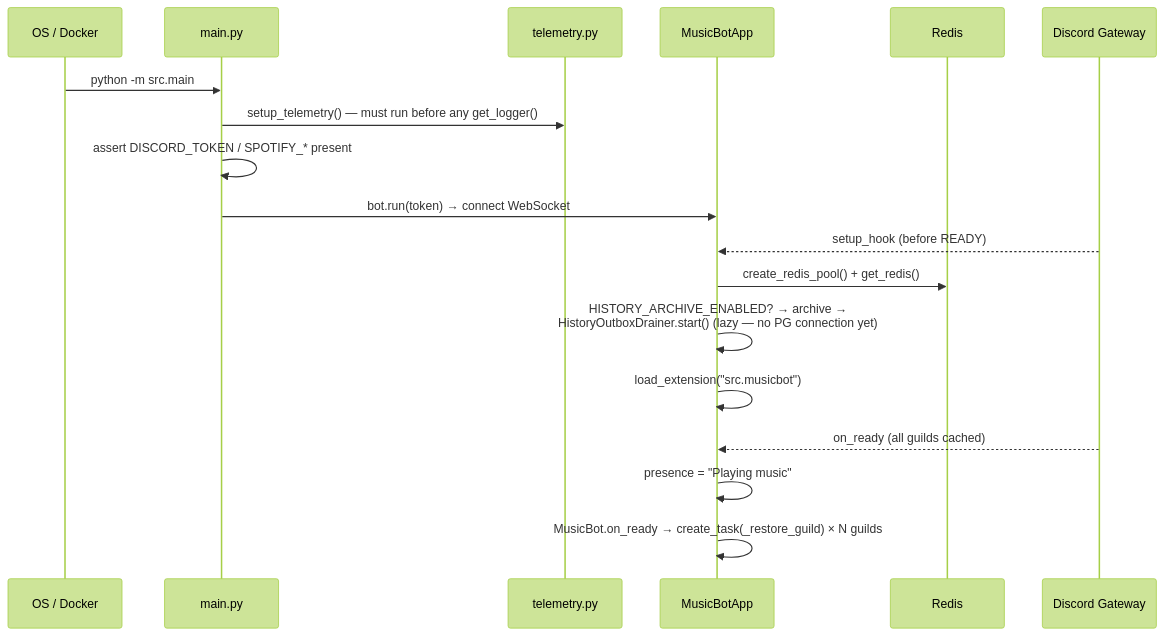
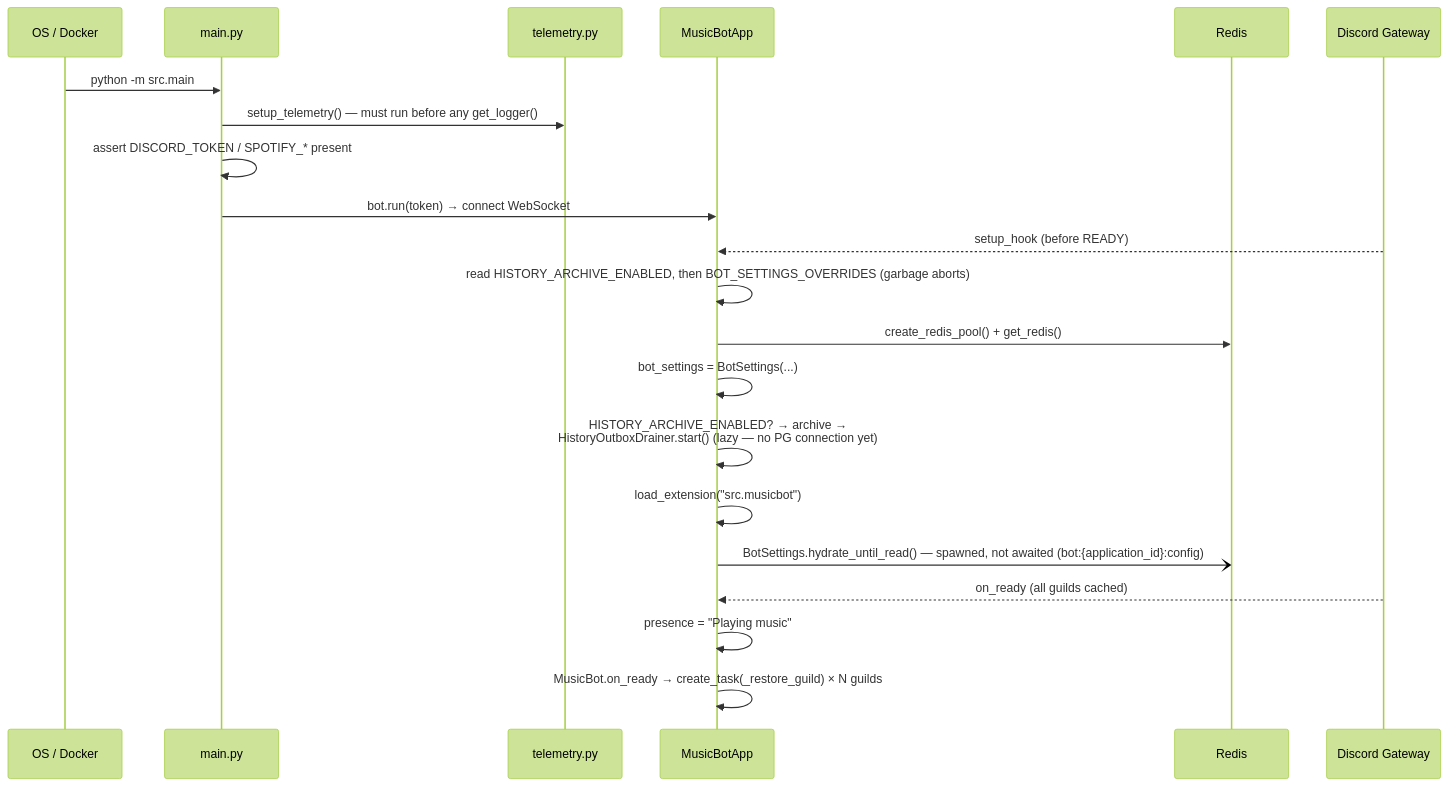
Before and after one commit to kawadeomkar/discord-music-bot: the fourth of 15 diagrams in docs/ARCHITECTURE.md, drawn with Mermaid (forest theme). The commit also changed other lines of this file and 7 other files, not shown here.

````diff
--- a/docs/ARCHITECTURE.md
+++ b/docs/ARCHITECTURE.md
@@ -395,21 +414,24 @@
 ```mermaid
 sequenceDiagram
     participant OS as OS / Docker
     participant Main as main.py
     participant Tel as telemetry.py
     participant Bot as MusicBotApp
     participant Redis as Redis
     participant Discord as Discord Gateway
 
     OS->>Main: python -m src.main
     Main->>Tel: setup_telemetry() — must run before any get_logger()
     Main->>Main: assert DISCORD_TOKEN / SPOTIFY_* present
     Main->>Bot: bot.run(token) → connect WebSocket
     Discord-->>Bot: setup_hook (before READY)
+    Bot->>Bot: read HISTORY_ARCHIVE_ENABLED, then BOT_SETTINGS_OVERRIDES (garbage aborts)
     Bot->>Redis: create_redis_pool() + get_redis()
+    Bot->>Bot: bot_settings = BotSettings(...)
     Bot->>Bot: HISTORY_ARCHIVE_ENABLED? → archive →<br/>HistoryOutboxDrainer.start() (lazy — no PG connection yet)
     Bot->>Bot: load_extension("src.musicbot")
+    Bot-)Redis: BotSettings.hydrate_until_read() — spawned, not awaited (bot:{application_id}:config)
     Discord-->>Bot: on_ready (all guilds cached)
     Bot->>Bot: presence = "Playing music"
     Bot->>Bot: MusicBot.on_ready → create_task(_restore_guild) × N guilds
 ```
````
